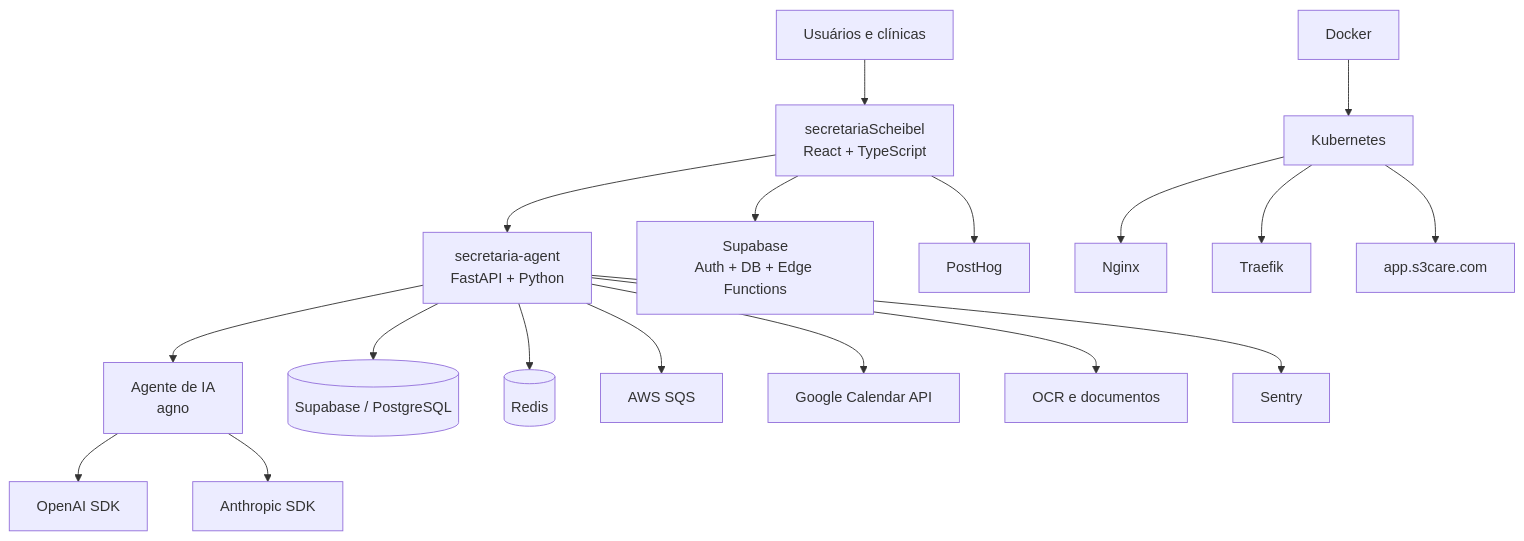
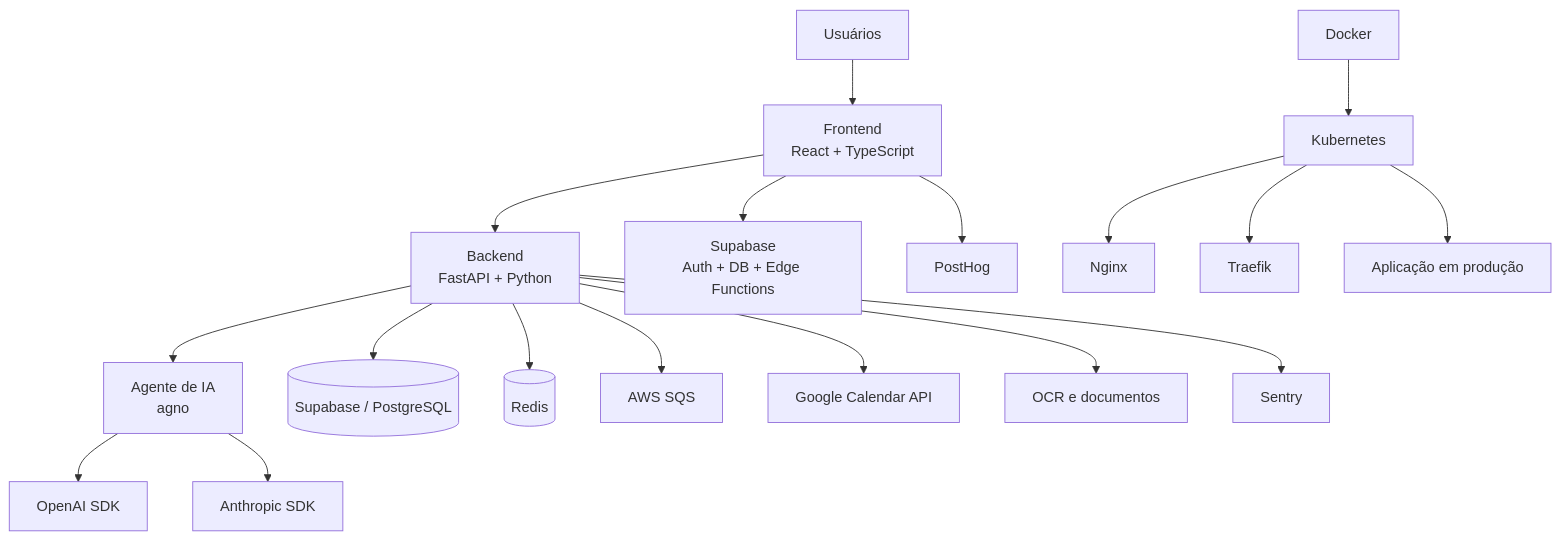
The first of 4 diagrams in README.md (aler-julion/aler-julion), drawn with Mermaid before and after one commit. The commit also changed other lines of this file, not shown here.

First line of the commit message:
Revise project stacks and architecture details

````diff
--- a/README.md
+++ b/README.md
@@ -243,24 +160,24 @@
 ```mermaid
 flowchart TD
-    U[Usuários e clínicas] --> FE[secretariaScheibel<br/>React + TypeScript]
-    FE --> API[secretaria-agent<br/>FastAPI + Python]
+    U[Usuários] --> FE[Frontend<br/>React + TypeScript]
+    FE --> API[Backend<br/>FastAPI + Python]
     FE --> SB[Supabase<br/>Auth + DB + Edge Functions]
 
     API --> AG[Agente de IA<br/>agno]
     AG --> OA[OpenAI SDK]
     AG --> AN[Anthropic SDK]
 
     API --> DB[(Supabase / PostgreSQL)]
     API --> REDIS[(Redis)]
     API --> SQS[AWS SQS]
     API --> GCAL[Google Calendar API]
     API --> OCR[OCR e documentos]
 
     FE --> PH[PostHog]
     API --> SENTRY[Sentry]
 
     DOCKER[Docker] --> K8S[Kubernetes]
     K8S --> NGINX[Nginx]
     K8S --> TRAEFIK[Traefik]
-    K8S --> APP[app.s3care.com]
+    K8S --> APP[Aplicação em produção]
 ```
````
